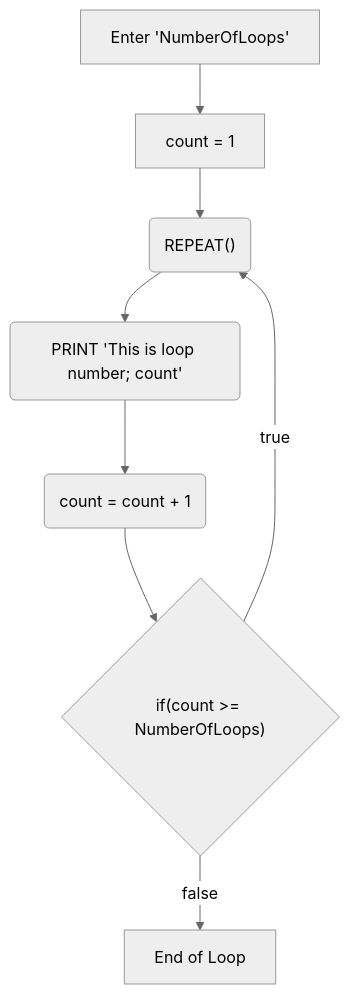
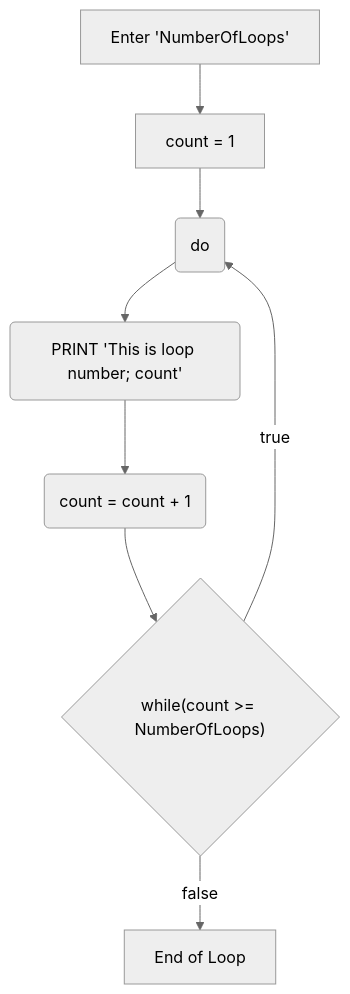
The second of 2 diagrams in 5posttest/README.md (amydevs/php-assignments), drawn with Mermaid (neutral theme) before and after one commit. The commit also changed other lines of this file and 3 other files, not shown here.

````diff
--- a/5posttest/README.md
+++ b/5posttest/README.md
@@ -35,12 +35,12 @@
 ```mermaid
 graph TD
 	enter["Enter 'NumberOfLoops'"]
 	set["count = 1"]
-	repeat("REPEAT()")
-	if{"if(count >= NumberOfLoops)"}
+	repeat("do")
+	if{"while(count >= NumberOfLoops)"}
 	do("PRINT 'This is loop number; count'")
 	add("count = count + 1")
 	endofloop["End of Loop"]
 	enter --> set --> repeat --> do --> add --> if -- true --> repeat
 	if -- false --> endofloop
 ```
````
